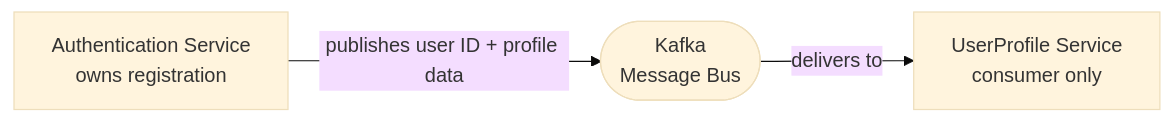
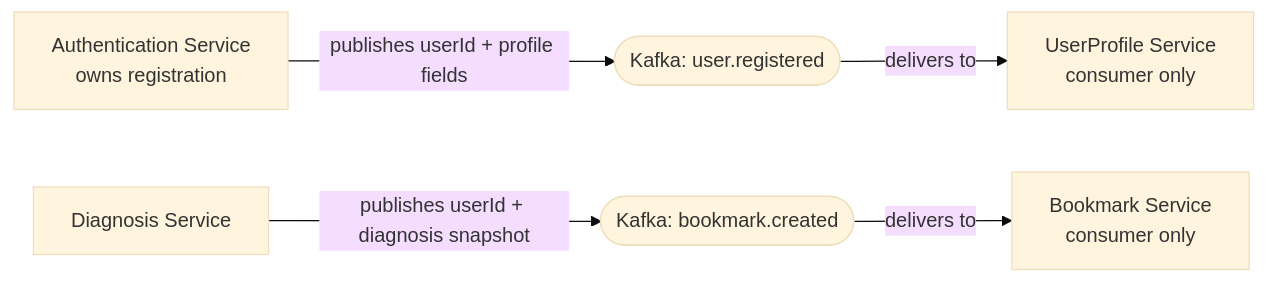
The third of 4 diagrams in docs/ARCHITECTURE.md (mathaisjustin/cardiac-diagonistics), drawn with Mermaid (base theme) before and after one commit. The commit also changed other lines of this file and 29 other files, not shown here.

````diff
--- a/docs/ARCHITECTURE.md
+++ b/docs/ARCHITECTURE.md
@@ -59,9 +55,16 @@
 ```mermaid
 flowchart LR
     Auth["Authentication Service<br/>owns registration"]
-    Kafka(["Kafka<br/>Message Bus"])
+    Kafka1(["Kafka: user.registered"])
     UserProfile["UserProfile Service<br/>consumer only"]
 
-    Auth -- "publishes user ID + profile data" --> Kafka
-    Kafka -- "delivers to" --> UserProfile
+    Auth -- "publishes userId + profile fields" --> Kafka1
+    Kafka1 -- "delivers to" --> UserProfile
+
+    Diagnosis["Diagnosis Service"]
+    Kafka2(["Kafka: bookmark.created"])
+    Bookmark["Bookmark Service<br/>consumer only"]
+
+    Diagnosis -- "publishes userId + diagnosis snapshot" --> Kafka2
+    Kafka2 -- "delivers to" --> Bookmark
 ```
````
